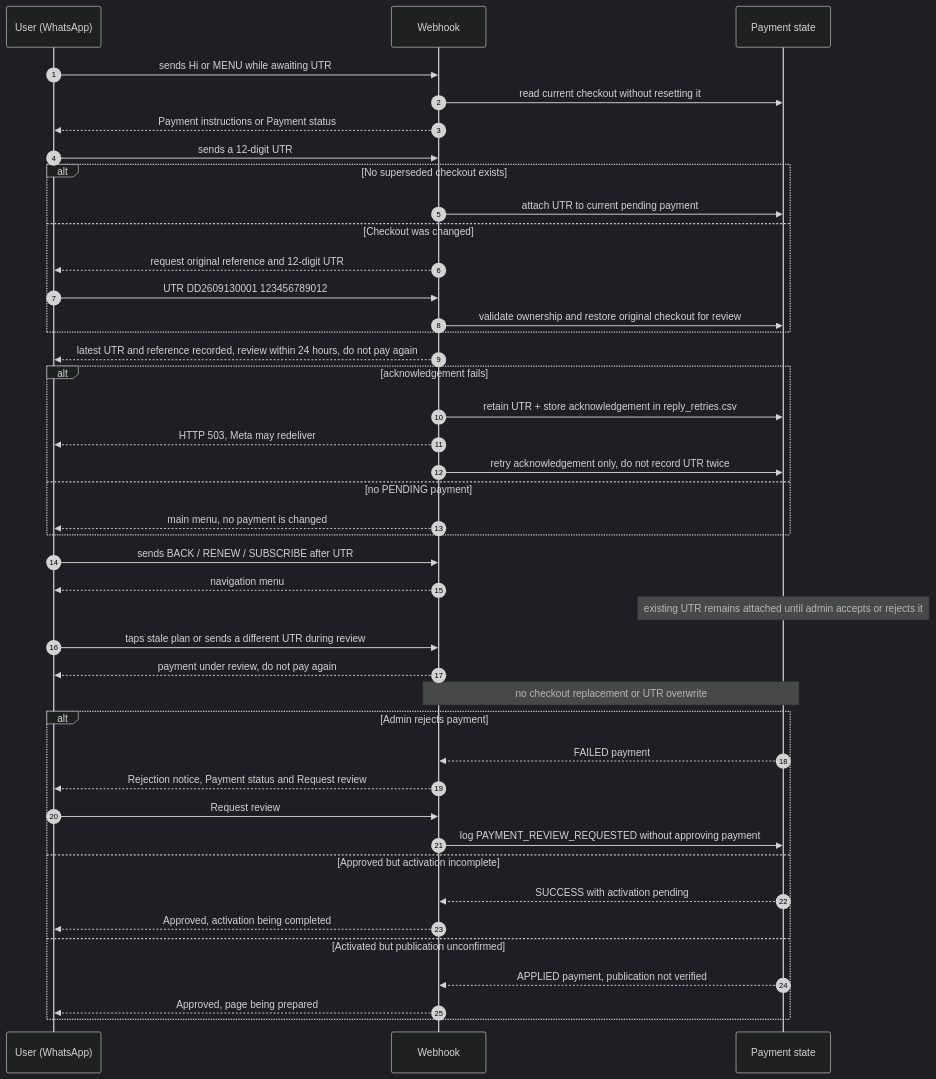
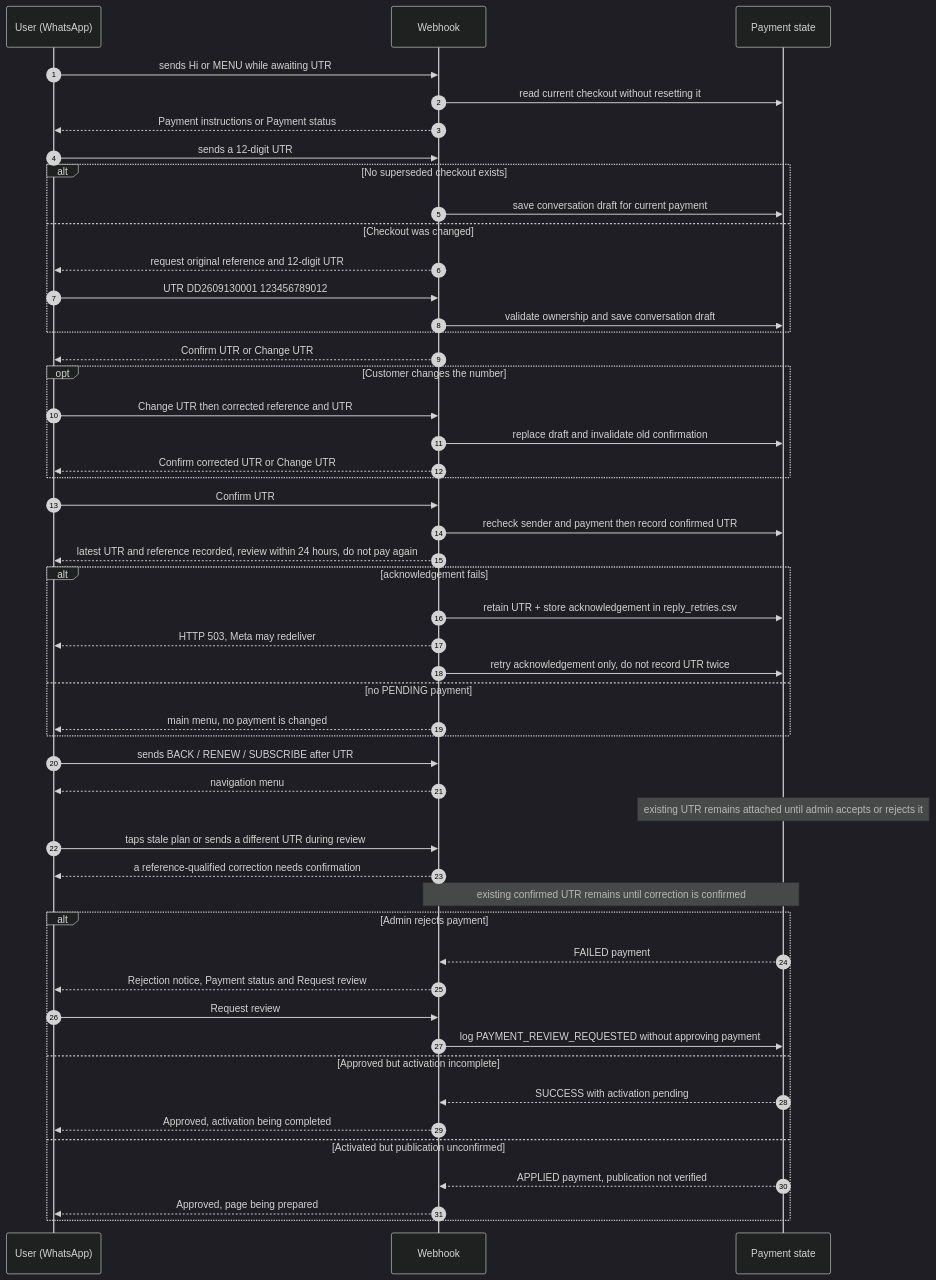
One commit to mishnit/daily-darshan changed the sixth of 12 diagrams in sequence-diagrams.md. Above: the diagram before and after it, drawn with Mermaid (dark theme). The commit also changed other lines of this file and 11 other files, not shown here.

Commit message:
Require customer confirmation before submitting UTR for review

````diff
--- a/sequence-diagrams.md
+++ b/sequence-diagrams.md
@@ -275,46 +275,54 @@
 ```mermaid
 sequenceDiagram
     autonumber
     participant User as User (WhatsApp)
     participant Web as Webhook
     participant State as Payment state
 
     User->>Web: sends Hi or MENU while awaiting UTR
     Web->>State: read current checkout without resetting it
     Web-->>User: Payment instructions or Payment status
     User->>Web: sends a 12-digit UTR
     alt No superseded checkout exists
-        Web->>State: attach UTR to current pending payment
+        Web->>State: save conversation draft for current payment
     else Checkout was changed
         Web-->>User: request original reference and 12-digit UTR
         User->>Web: UTR DD2609130001 123456789012
-        Web->>State: validate ownership and restore original checkout for review
+        Web->>State: validate ownership and save conversation draft
     end
+    Web-->>User: Confirm UTR or Change UTR
+    opt Customer changes the number
+        User->>Web: Change UTR then corrected reference and UTR
+        Web->>State: replace draft and invalidate old confirmation
+        Web-->>User: Confirm corrected UTR or Change UTR
+    end
+    User->>Web: Confirm UTR
+    Web->>State: recheck sender and payment then record confirmed UTR
     Web-->>User: latest UTR and reference recorded, review within 24 hours, do not pay again
     alt acknowledgement fails
         Web->>State: retain UTR + store acknowledgement in reply_retries.csv
         Web-->>User: HTTP 503, Meta may redeliver
         Web->>State: retry acknowledgement only, do not record UTR twice
     else no PENDING payment
         Web-->>User: main menu, no payment is changed
     end
 
     User->>Web: sends BACK / RENEW / SUBSCRIBE after UTR
     Web-->>User: navigation menu
     Note over State: existing UTR remains attached until admin accepts or rejects it
     User->>Web: taps stale plan or sends a different UTR during review
-    Web-->>User: payment under review, do not pay again
-    Note over Web,State: no checkout replacement or UTR overwrite
+    Web-->>User: a reference-qualified correction needs confirmation
+    Note over Web,State: existing confirmed UTR remains until correction is confirmed
     alt Admin rejects payment
         State-->>Web: FAILED payment
         Web-->>User: Rejection notice, Payment status and Request review
         User->>Web: Request review
         Web->>State: log PAYMENT_REVIEW_REQUESTED without approving payment
     else Approved but activation incomplete
         State-->>Web: SUCCESS with activation pending
         Web-->>User: Approved, activation being completed
     else Activated but publication unconfirmed
         State-->>Web: APPLIED payment, publication not verified
         Web-->>User: Approved, page being prepared
     end
 ```
````
